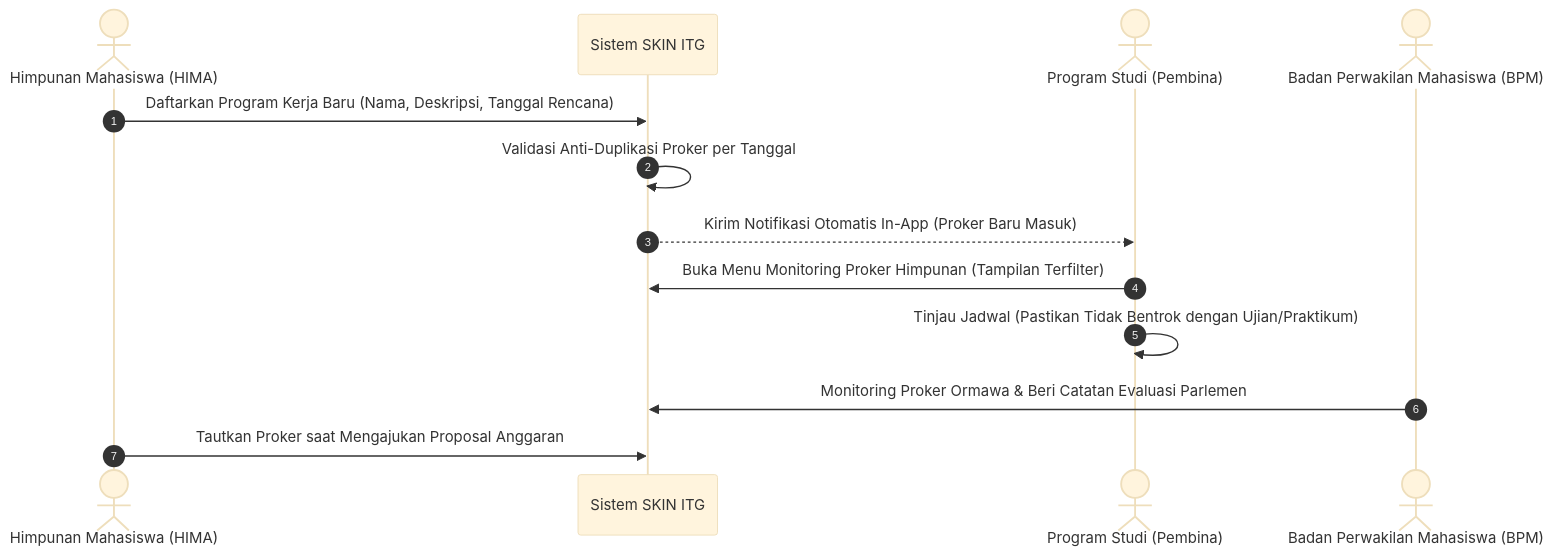
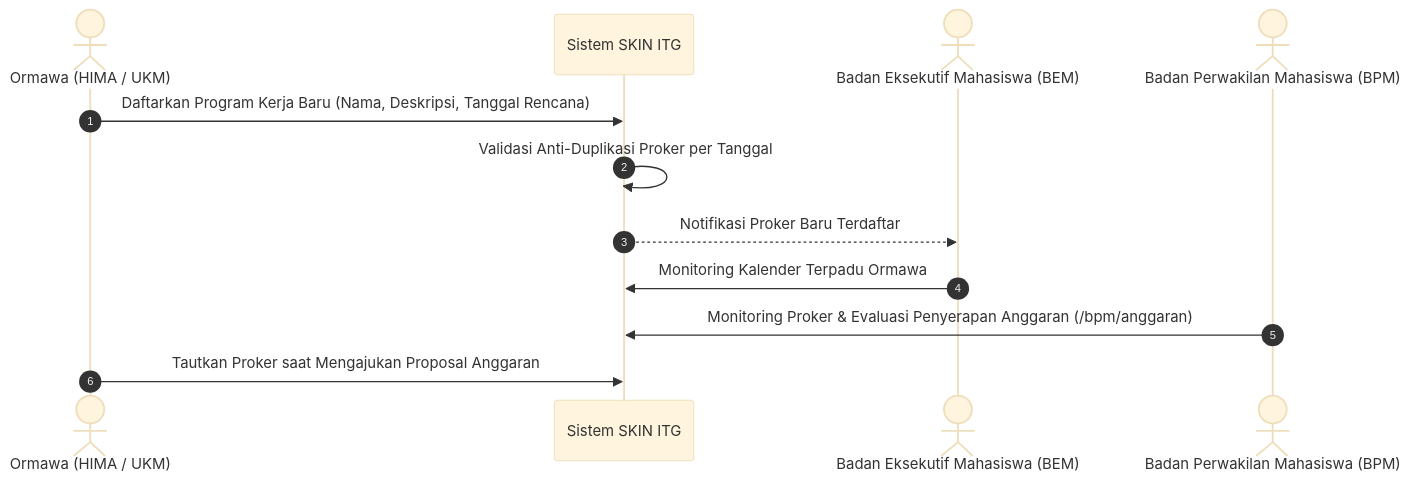
One commit to rdreikhan-commits/SISTEM-ORMAWA-SKIN- changed the second of 4 diagrams in PANDUAN_PENGGUNAAN_DAN_ALUR_SISTEM.md. Above: the diagram before and after it, drawn with Mermaid (base theme). The commit also changed other lines of this file and 2 other files, not shown here.

````diff
--- a/PANDUAN_PENGGUNAAN_DAN_ALUR_SISTEM.md
+++ b/PANDUAN_PENGGUNAAN_DAN_ALUR_SISTEM.md
@@ -122,16 +125,15 @@
 ```mermaid
 sequenceDiagram
     autonumber
-    actor HIMA as Himpunan Mahasiswa (HIMA)
+    actor Ormawa as Ormawa (HIMA / UKM)
     participant Sistem as Sistem SKIN ITG
-    actor Prodi as Program Studi (Pembina)
+    actor BEM as Badan Eksekutif Mahasiswa (BEM)
     actor BPM as Badan Perwakilan Mahasiswa (BPM)
 
-    HIMA->>Sistem: Daftarkan Program Kerja Baru (Nama, Deskripsi, Tanggal Rencana)
+    Ormawa->>Sistem: Daftarkan Program Kerja Baru (Nama, Deskripsi, Tanggal Rencana)
     Sistem->>Sistem: Validasi Anti-Duplikasi Proker per Tanggal
-    Sistem-->>Prodi: Kirim Notifikasi Otomatis In-App (Proker Baru Masuk)
-    Prodi->>Sistem: Buka Menu Monitoring Proker Himpunan (Tampilan Terfilter)
-    Prodi->>Prodi: Tinjau Jadwal (Pastikan Tidak Bentrok dengan Ujian/Praktikum)
-    BPM->>Sistem: Monitoring Proker Ormawa & Beri Catatan Evaluasi Parlemen
-    HIMA->>Sistem: Tautkan Proker saat Mengajukan Proposal Anggaran
+    Sistem-->>BEM: Notifikasi Proker Baru Terdaftar
+    BEM->>Sistem: Monitoring Kalender Terpadu Ormawa
+    BPM->>Sistem: Monitoring Proker & Evaluasi Penyerapan Anggaran (/bpm/anggaran)
+    Ormawa->>Sistem: Tautkan Proker saat Mengajukan Proposal Anggaran
 ```
````
